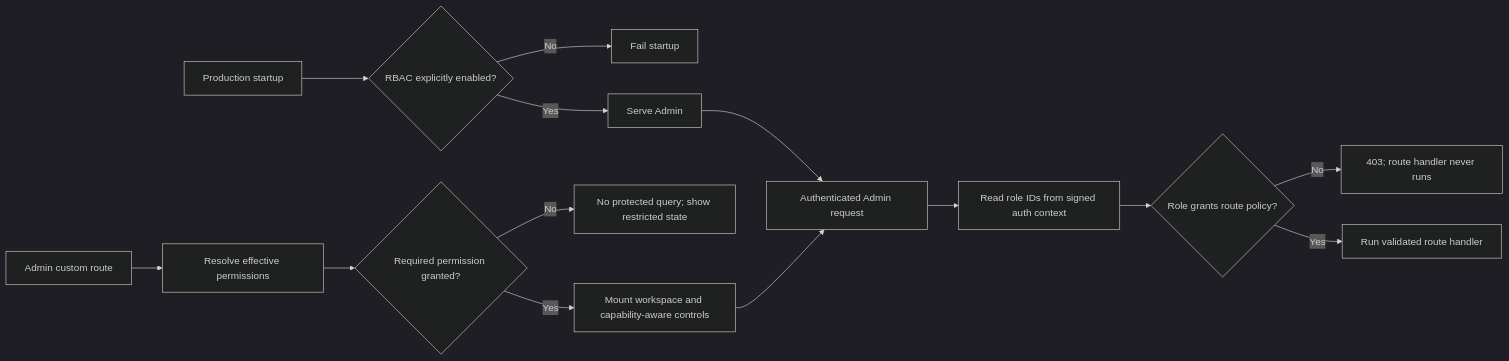
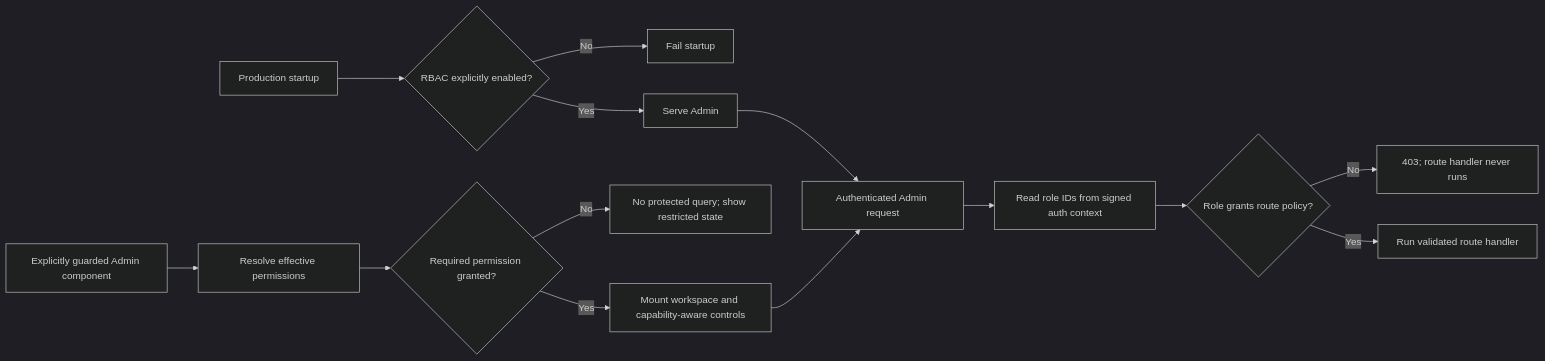
One commit to traweezy/remorseless-records changed the diagram in docs/adr/0006-native-admin-rbac.md. Above: the diagram before and after it, drawn with Mermaid (dark theme). The commit also changed other lines of this file and 20 other files, not shown here.

First line of the commit message:
✨ feat(auth): enforce custom Admin authorization manifest

````diff
--- a/docs/adr/0006-native-admin-rbac.md
+++ b/docs/adr/0006-native-admin-rbac.md
@@ -106,16 +141,16 @@
 ```mermaid
 flowchart LR
   S[Production startup] --> B{RBAC explicitly enabled?}
   B -- No --> C[Fail startup]
   B -- Yes --> R[Serve Admin]
   R --> A[Authenticated Admin request]
   A --> D[Read role IDs from signed auth context]
   D --> E{Role grants route policy?}
   E -- No --> F[403; route handler never runs]
   E -- Yes --> G[Run validated route handler]
-  H[Admin custom route] --> I[Resolve effective permissions]
+  H[Explicitly guarded Admin component] --> I[Resolve effective permissions]
   I --> J{Required permission granted?}
   J -- No --> K[No protected query; show restricted state]
   J -- Yes --> L[Mount workspace and capability-aware controls]
   L --> A
 ```
````
